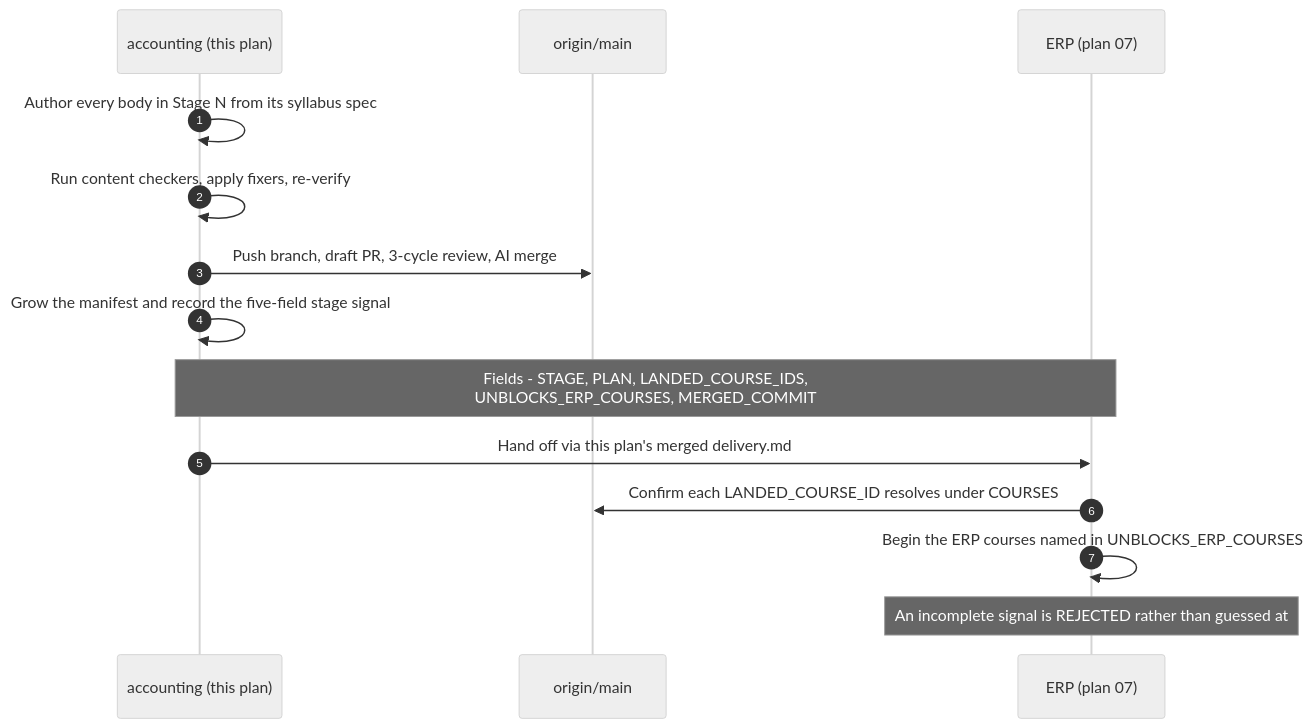
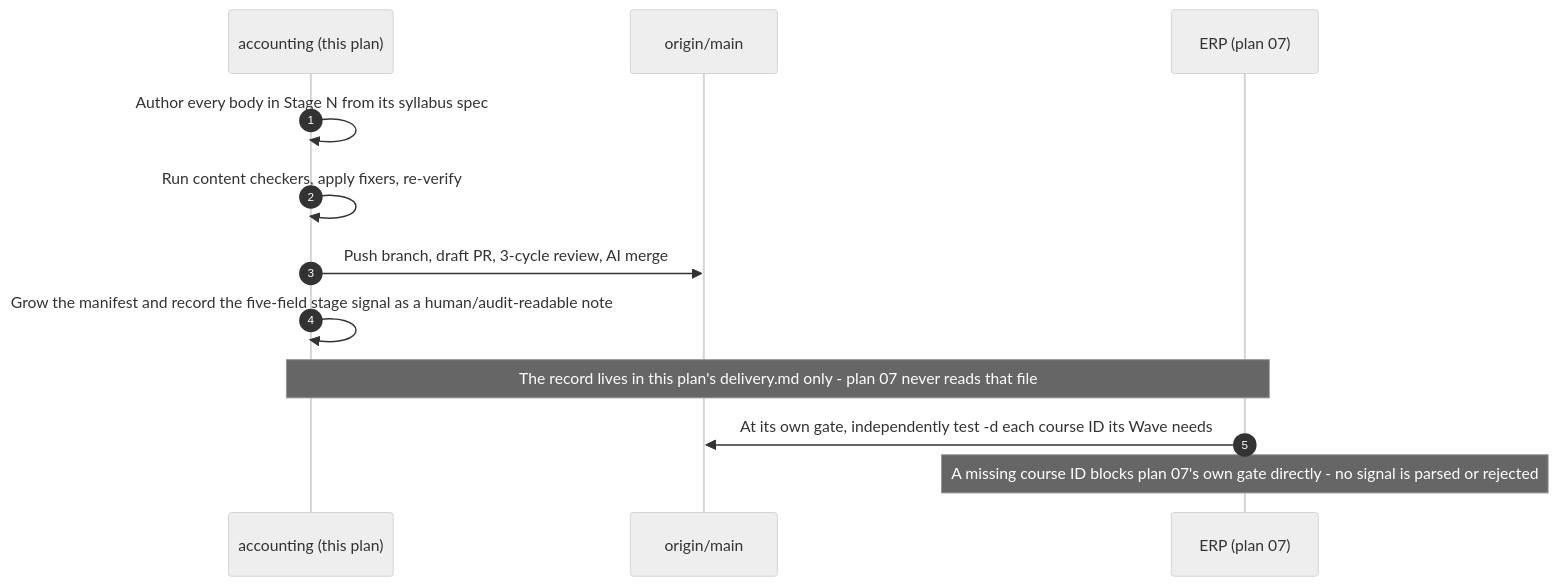
One commit to wahidyankf/baseerah changed the fifth of 5 diagrams in plans/backlog/ayokoding-learning-path-06-skills-accounting/tech-docs.md. Above: the diagram before and after it, drawn with Mermaid (neutral theme). The commit also changed other lines of this file and 9 other files, not shown here.

````diff
--- a/plans/backlog/ayokoding-learning-path-06-skills-accounting/tech-docs.md
+++ b/plans/backlog/ayokoding-learning-path-06-skills-accounting/tech-docs.md
@@ -453,18 +464,16 @@
 ```mermaid
 %% Order of operations across the two skills plans when a stage lands.
 sequenceDiagram
     autonumber
     participant A6 as accounting (this plan)
     participant Main as origin/main
     participant P7 as ERP (plan 07)
 
     A6->>A6: Author every body in Stage N from its syllabus spec
     A6->>A6: Run content checkers, apply fixers, re-verify
     A6->>Main: Push branch, draft PR, 3-cycle review, AI merge
-    A6->>A6: Grow the manifest and record the five-field stage signal
-    Note over A6,P7: Fields - STAGE, PLAN, LANDED_COURSE_IDS,<br/>UNBLOCKS_ERP_COURSES, MERGED_COMMIT
-    A6->>P7: Hand off via this plan's merged delivery.md
-    P7->>Main: Confirm each LANDED_COURSE_ID resolves under COURSES
-    P7->>P7: Begin the ERP courses named in UNBLOCKS_ERP_COURSES
-    Note over P7: An incomplete signal is REJECTED rather than guessed at
+    A6->>A6: Grow the manifest and record the five-field stage signal as a human/audit-readable note
+    Note over A6,P7: The record lives in this plan's delivery.md only - plan 07 never reads that file
+    P7->>Main: At its own gate, independently test -d each course ID its Wave needs
+    Note over P7: A missing course ID blocks plan 07's own gate directly - no signal is parsed or rejected
 ```
````
